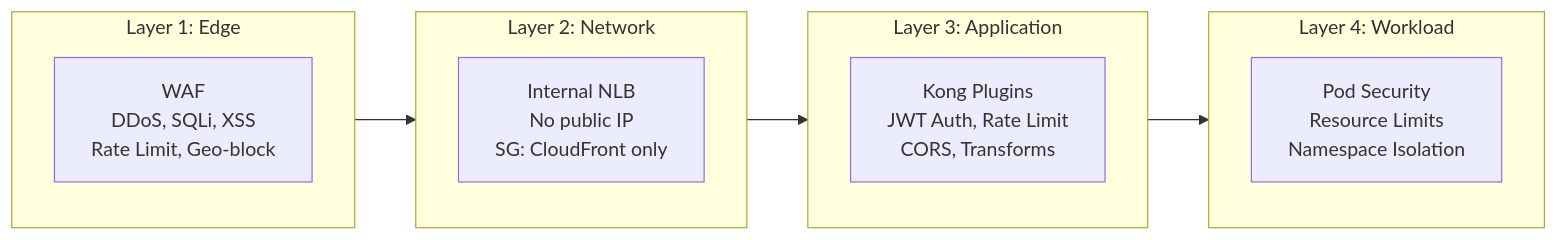
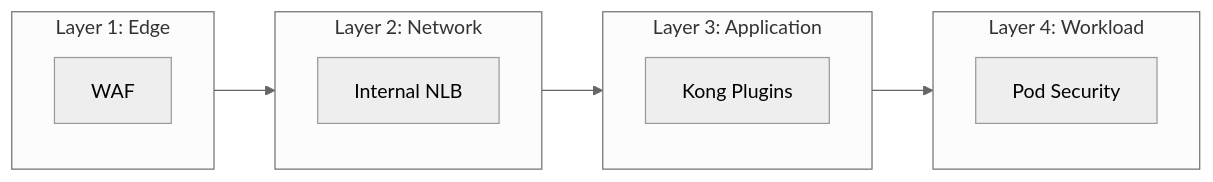
One commit to shanaka-versent/EKS-Kong-GatewayAPI-Demo changed the eighth of 12 diagrams in README.md. Above: the diagram before and after it, drawn with Mermaid. The commit also changed other lines of this file, not shown here.

First line of the commit message:
Update all Mermaid diagrams: grayscale theme, horizontal alignment, clean labels

````diff
--- a/README.md
+++ b/README.md
@@ -434,20 +444,21 @@
 ```mermaid
+%%{init: {'theme': 'neutral'}}%%
 flowchart LR
     subgraph L1["Layer 1: Edge"]
-        WAF["WAF\nDDoS, SQLi, XSS\nRate Limit, Geo-block"]
+        WAF["WAF"]
     end
 
     subgraph L2["Layer 2: Network"]
-        NLB["Internal NLB\nNo public IP\nSG: CloudFront only"]
+        NLB["Internal NLB"]
     end
 
     subgraph L3["Layer 3: Application"]
-        Kong["Kong Plugins\nJWT Auth, Rate Limit\nCORS, Transforms"]
+        Kong["Kong Plugins"]
     end
 
     subgraph L4["Layer 4: Workload"]
-        Pod["Pod Security\nResource Limits\nNamespace Isolation"]
+        Pod["Pod Security"]
     end
 
     L1 --> L2 --> L3 --> L4
 ```
````
